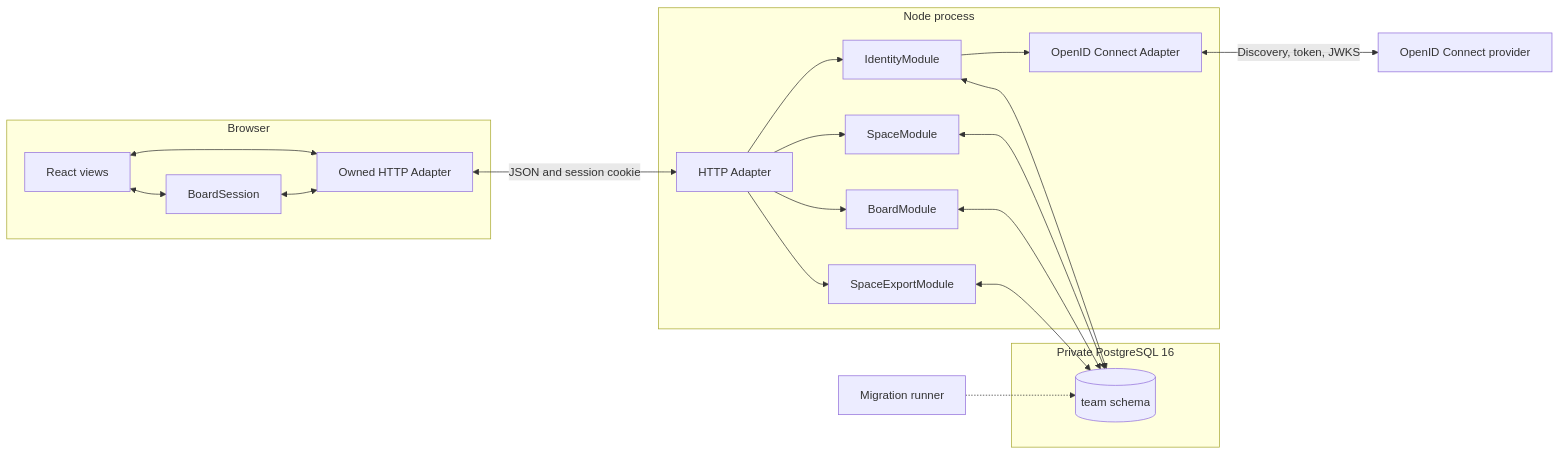
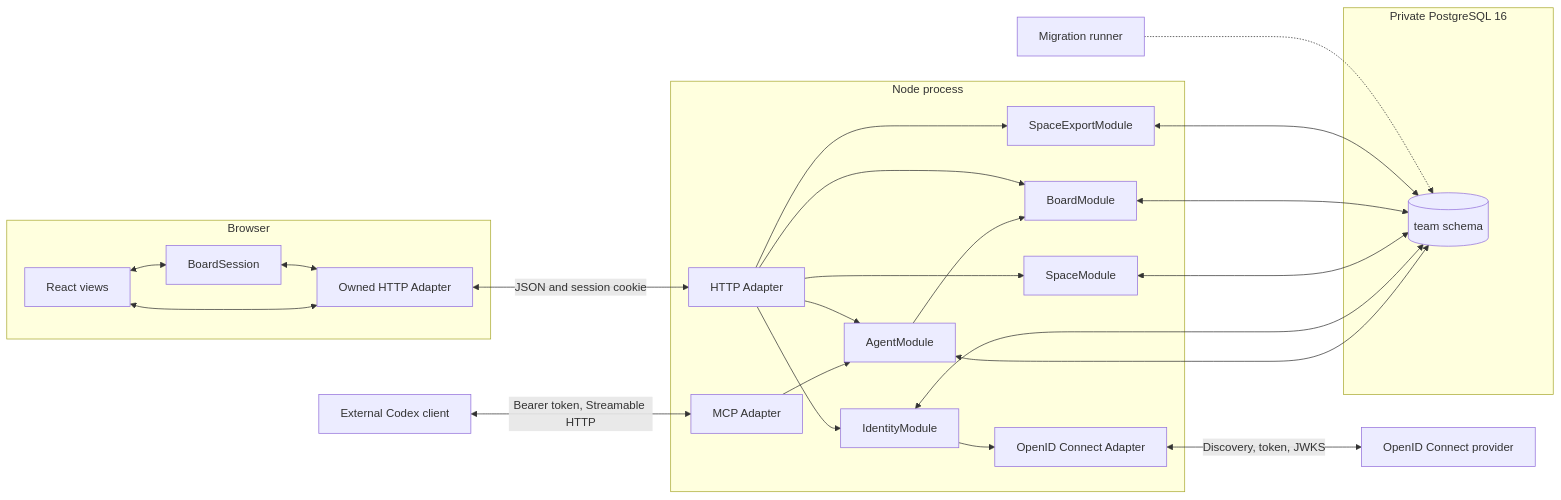
Before and after one commit to SmidigBommen/dig-the-tracker: the diagram in ARCHITECTURE.md, drawn with Mermaid. The commit also changed other lines of this file and 50 other files, not shown here.

Commit message:
Add scoped read-only agent connections and MCP access

````diff
--- a/ARCHITECTURE.md
+++ b/ARCHITECTURE.md
@@ -7,37 +7,44 @@
 ```mermaid
 flowchart LR
   subgraph Browser[Browser]
     Views[React views]
     TeamClient[Owned HTTP Adapter]
     BoardSession[BoardSession]
     Views <--> TeamClient
     Views <--> BoardSession
     BoardSession <--> TeamClient
   end
 
   subgraph Node[Node process]
     HTTP[HTTP Adapter]
+    MCP[MCP Adapter]
+    Agent[AgentModule]
+    MCP --> Agent
+    HTTP --> Agent
+    Agent --> Board
     Identity[IdentityModule]
     Space[SpaceModule]
     Board[BoardModule]
     Export[SpaceExportModule]
     OIDCAdapter[OpenID Connect Adapter]
     HTTP --> Identity
     HTTP --> Space
     HTTP --> Board
     HTTP --> Export
     Identity --> OIDCAdapter
   end
 
   subgraph Postgres[Private PostgreSQL 16]
     TeamSchema[(team schema)]
   end
 
+  Codex[External Codex client] <-->|Bearer token, Streamable HTTP| MCP
+  Agent <--> TeamSchema
   TeamClient <-->|JSON and session cookie| HTTP
   OIDCAdapter <-->|Discovery, token, JWKS| Provider[OpenID Connect provider]
   Identity <--> TeamSchema
   Space <--> TeamSchema
   Board <--> TeamSchema
   Export <--> TeamSchema
   Migrations[Migration runner] -.-> TeamSchema
 ```
````
